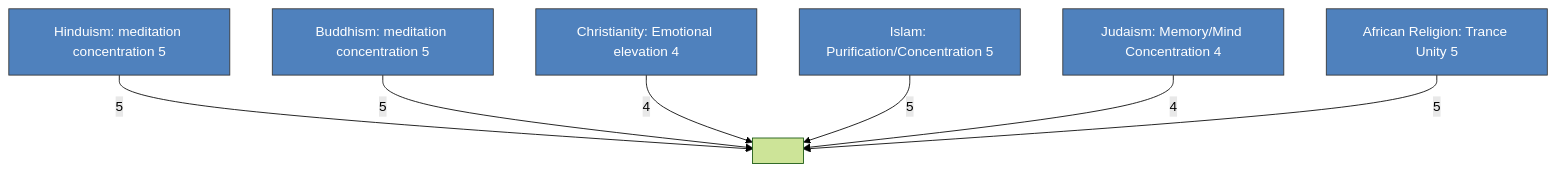
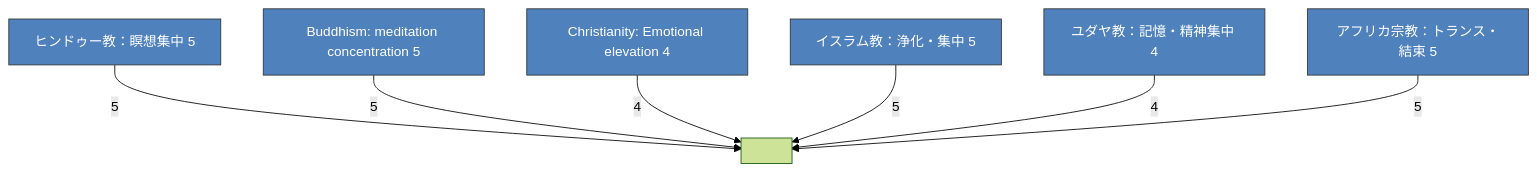
The second of 3 diagrams in en/_posts/2025-11-11-column-religious-music-worldmap.md (monumental-movement/monumental-movement.github.io), drawn with Mermaid (forest theme) before and after one commit. The commit also changed other lines of this file and 2196 other files, not shown here.

```diff
--- a/en/_posts/2025-11-11-column-religious-music-worldmap.md
+++ b/en/_posts/2025-11-11-column-religious-music-worldmap.md
@@ -161,14 +159,14 @@
 <div class="mermaid">
 
 graph TD
-    A[Hinduism: meditation concentration 5] -->|5| X[ ]
+    A[ヒンドゥー教：瞑想集中 5] -->|5| X[ ]
     B[Buddhism: meditation concentration 5] -->|5| X
     C[Christianity: Emotional elevation 4] -->|4| X
-    D[Islam: Purification/Concentration 5] -->|5| X
-    E[Judaism: Memory/Mind Concentration 4] -->|4| X
-    F[African Religion: Trance Unity 5] -->|5| X
+    D[イスラム教：浄化・集中 5] -->|5| X
+    E[ユダヤ教：記憶・精神集中 4] -->|4| X
+    F[アフリカ宗教：トランス・結束 5] -->|5| X
 
     classDef bar fill:#4f81bd,stroke:#333,stroke-width:1px,color:#fff;
     class A,B,C,D,E,F bar;
 
 </div>
```
